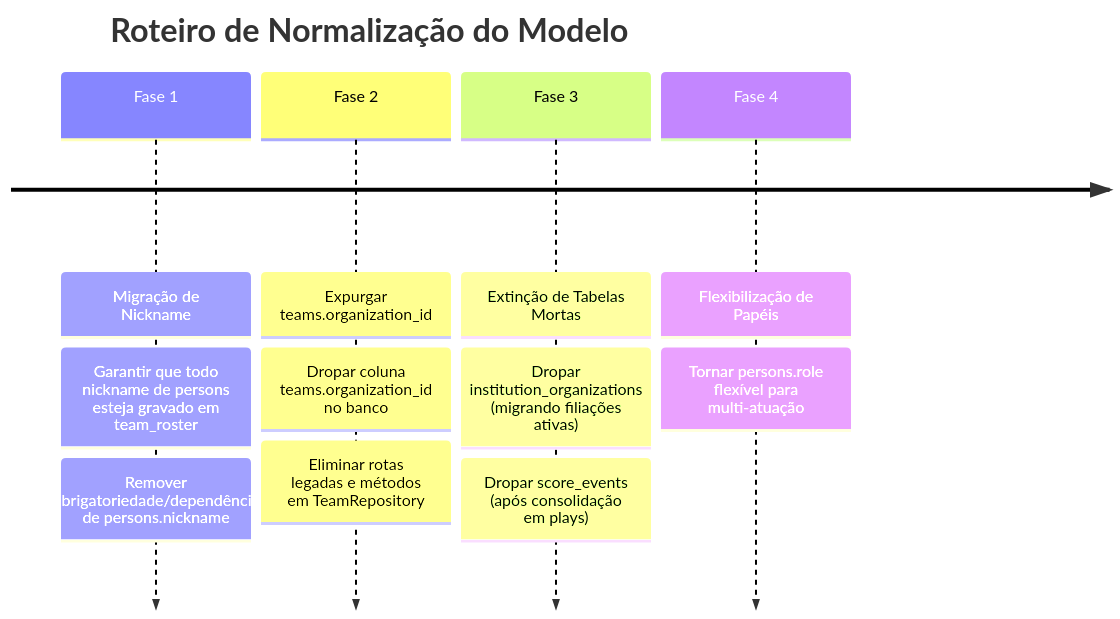
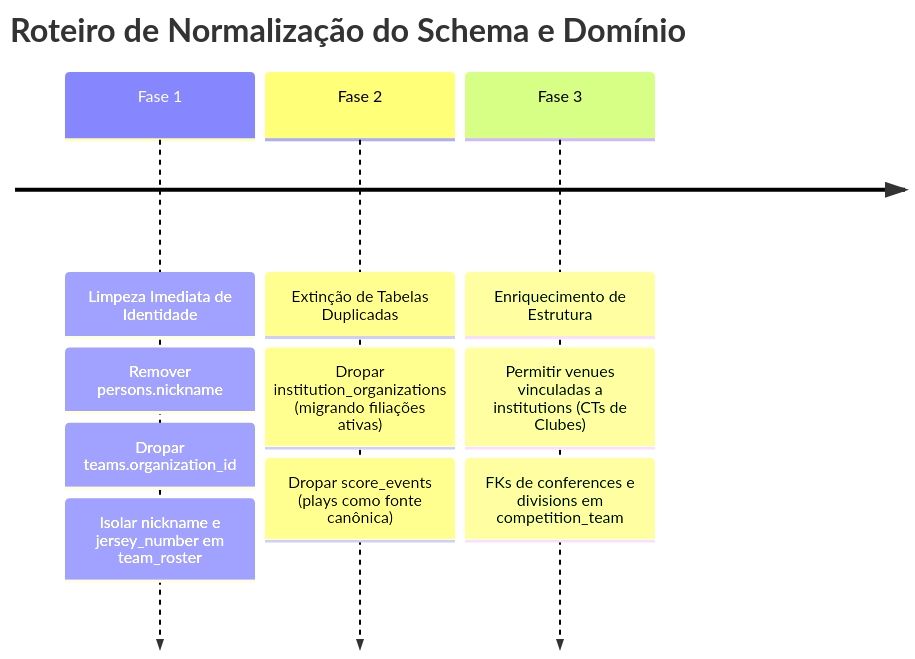
The third of 3 diagrams in architecture/analise-profunda-conflitos-e-incoerencias-modelo-dados.md (cesargranelli/flag_platform_docs), drawn with Mermaid before and after one commit. The commit also changed other lines of this file, not shown here.

Commit message:
docs(architecture): expandir analise exaustiva de todas as 25 tabelas e isolamento do atleta no roster

````diff
--- a/architecture/analise-profunda-conflitos-e-incoerencias-modelo-dados.md
+++ b/architecture/analise-profunda-conflitos-e-incoerencias-modelo-dados.md
@@ -196,8 +236,7 @@
 ```mermaid
 timeline
-    title Roteiro de Normalização do Modelo
-    Fase 1 : Migração de Nickname : Garantir que todo nickname de persons esteja gravado em team_roster : Remover obrigatoriedade/dependência de persons.nickname
-    Fase 2 : Expurgar teams.organization_id : Dropar coluna teams.organization_id no banco : Eliminar rotas legadas e métodos em TeamRepository
-    Fase 3 : Extinção de Tabelas Mortas : Dropar institution_organizations (migrando filiações ativas) : Dropar score_events (após consolidação em plays)
-    Fase 4 : Flexibilização de Papéis : Tornar persons.role flexível para multi-atuação
+    title Roteiro de Normalização do Schema e Domínio
+    Fase 1 : Limpeza Imediata de Identidade : Remover persons.nickname : Dropar teams.organization_id : Isolar nickname e jersey_number em team_roster
+    Fase 2 : Extinção de Tabelas Duplicadas : Dropar institution_organizations (migrando filiações ativas) : Dropar score_events (plays como fonte canônica)
+    Fase 3 : Enriquecimento de Estrutura : Permitir venues vinculadas a institutions (CTs de Clubes) : FKs de conferences e divisions em competition_team
 ```
````
